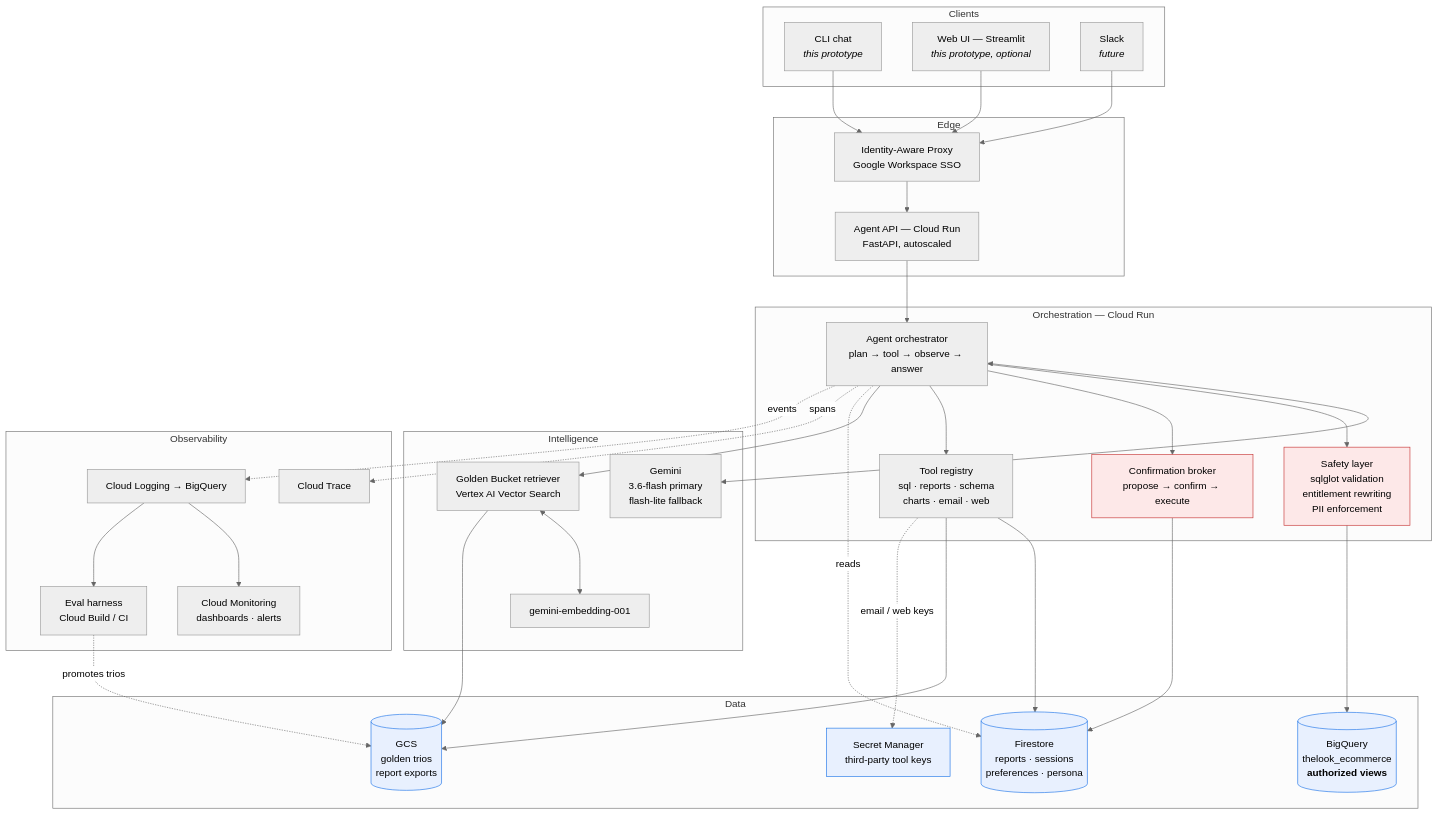
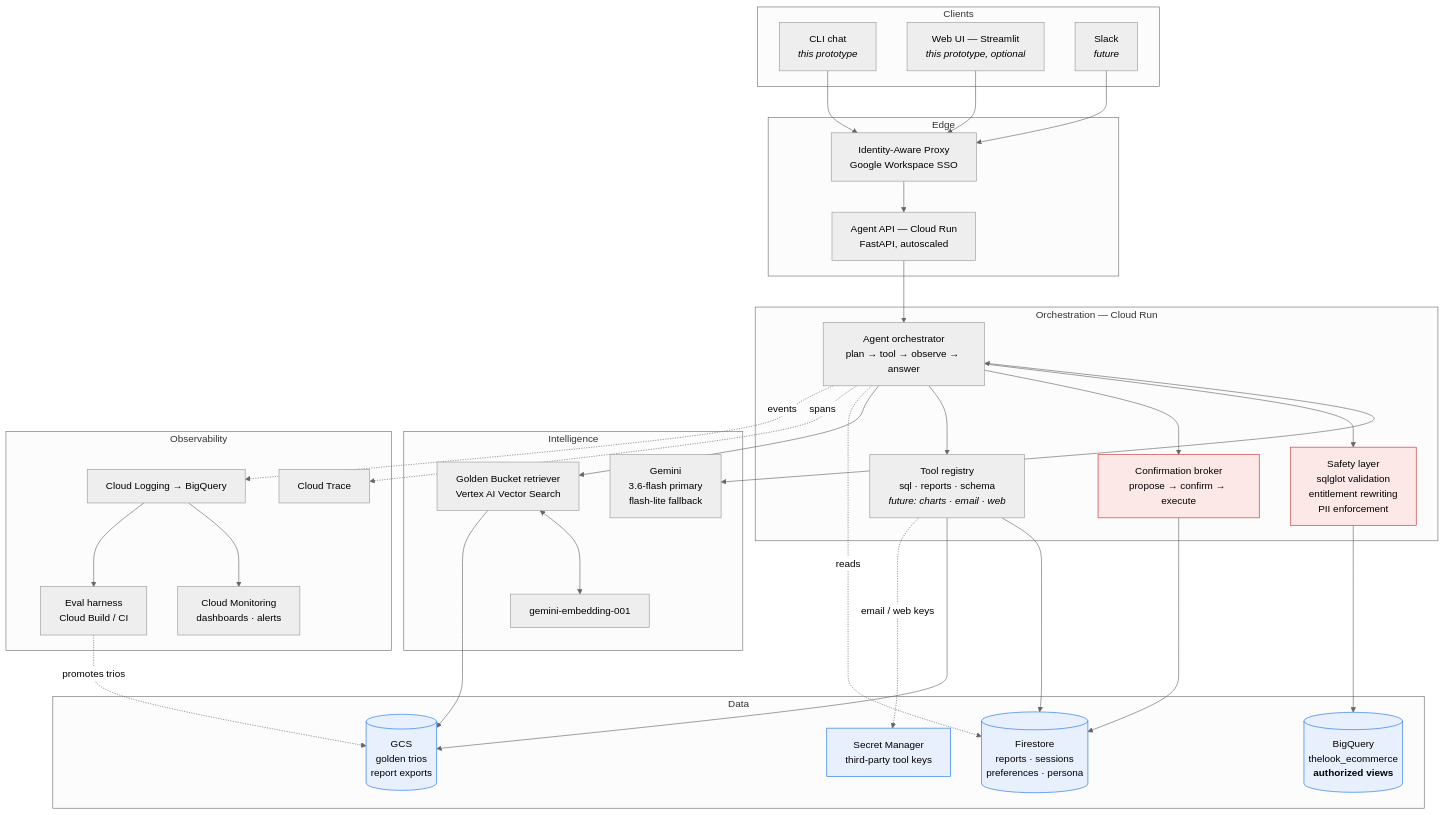
Before and after one commit to VahanYeghoyan/AI-Technical-Assignment---Retail-Company: the diagram in docs/architecture.md, drawn with Mermaid (neutral theme). The commit also changed other lines of this file, not shown here.

````diff
--- a/docs/architecture.md
+++ b/docs/architecture.md
@@ -15,71 +15,71 @@
 ```mermaid
 flowchart TB
     subgraph clients["Clients"]
         CLI["CLI chat<br/><i>this prototype</i>"]
         WEB["Web UI — Streamlit<br/><i>this prototype, optional</i>"]
         SLACK["Slack<br/><i>future</i>"]
     end
 
     subgraph edge["Edge"]
         IAP["Identity-Aware Proxy<br/>Google Workspace SSO"]
         API["Agent API — Cloud Run<br/>FastAPI, autoscaled"]
     end
 
     subgraph orchestration["Orchestration — Cloud Run"]
         ORCH["Agent orchestrator<br/>plan → tool → observe → answer"]
         GUARD["Safety layer<br/>sqlglot validation<br/>entitlement rewriting<br/>PII enforcement"]
         CONF["Confirmation broker<br/>propose → confirm → execute"]
-        TOOLS["Tool registry<br/>sql · reports · schema<br/>charts · email · web"]
+        TOOLS["Tool registry<br/>sql · reports · schema<br/><i>future: charts · email · web</i>"]
     end
 
     subgraph intelligence["Intelligence"]
         GEM["Gemini<br/>3.6-flash primary<br/>flash-lite fallback"]
         EMB["gemini-embedding-001"]
         RET["Golden Bucket retriever<br/>Vertex AI Vector Search"]
     end
 
     subgraph data["Data"]
         BQ[("BigQuery<br/>thelook_ecommerce<br/><b>authorized views</b>")]
         GCS[("GCS<br/>golden trios<br/>report exports")]
         FS[("Firestore<br/>reports · sessions<br/>preferences · persona")]
         SEC["Secret Manager<br/>third-party tool keys"]
     end
 
     subgraph ops["Observability"]
         TRACE["Cloud Trace"]
         LOG["Cloud Logging → BigQuery"]
         MON["Cloud Monitoring<br/>dashboards · alerts"]
         EVAL["Eval harness<br/>Cloud Build / CI"]
     end
 
     CLI --> IAP
     WEB --> IAP
     SLACK --> IAP
     IAP --> API --> ORCH
 
     ORCH <--> GEM
     ORCH --> GUARD
     ORCH --> CONF
     ORCH --> TOOLS
     ORCH --> RET
 
     RET <--> EMB
     RET --> GCS
     GUARD --> BQ
     CONF --> FS
     TOOLS --> FS
     TOOLS --> GCS
     ORCH -.reads.-> FS
     TOOLS -.email / web keys.-> SEC
 
     ORCH -.spans.-> TRACE
     ORCH -.events.-> LOG
     LOG --> MON
     LOG --> EVAL
     EVAL -.promotes trios.-> GCS
 
     classDef safety fill:#fde8e8,stroke:#c53030,color:#000
     classDef store fill:#e8f0fe,stroke:#1a73e8,color:#000
     class GUARD,CONF safety
     class BQ,GCS,FS,SEC store
 ```
````
